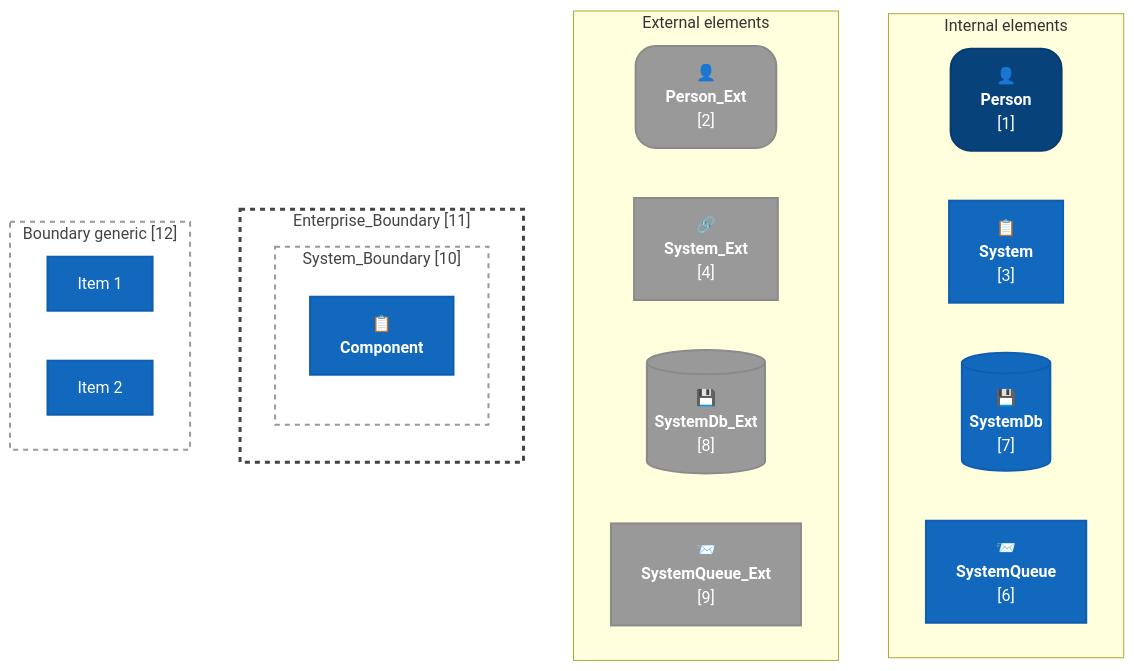
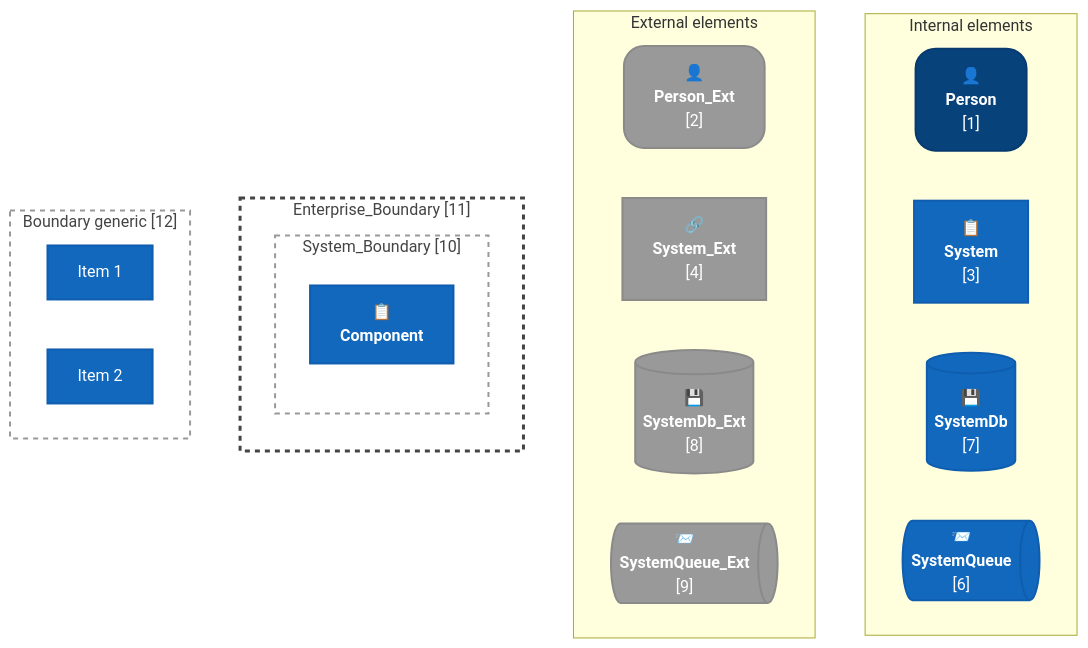
One commit to LockTar/C4-Modeling-in-Mermaid changed the first of 8 diagrams in C4-cheatsheets/C4-Context-Diagram-Mermaid-Flowchart-Cheatsheet.md. Above: the diagram before and after it, drawn with Mermaid. The commit also changed other lines of this file and 2 other files, not shown here.

Commit message:
Update queue shapes and labels in C4 cheatsheets for consistency

````diff
--- a/C4-cheatsheets/C4-Context-Diagram-Mermaid-Flowchart-Cheatsheet.md
+++ b/C4-cheatsheets/C4-Context-Diagram-Mermaid-Flowchart-Cheatsheet.md
@@ -45,57 +45,57 @@
 ```mermaid
 flowchart TB
     classDef Person fill:#08427b,stroke:#073b6f,color:#fff,rx:20px,ry:20px,stroke-width:2px;
     classDef PersonExt fill:#999999,stroke:#8a8a8a,color:#fff,rx:20px,ry:20px,stroke-width:2px;
     classDef System fill:#1168bd,stroke:#0f5daf,color:#fff,stroke-width:2px;
     classDef SystemExt fill:#999999,stroke:#8a8a8a,color:#fff,stroke-width:2px;
     classDef SystemDb fill:#1168bd,stroke:#0f5daf,color:#fff,stroke-width:2px;
     classDef SystemDbExt fill:#999999,stroke:#8a8a8a,color:#fff,stroke-width:2px;
     classDef SystemQueue fill:#1168bd,stroke:#0f5daf,color:#fff,stroke-width:2px;
     classDef SystemQueueExt fill:#999999,stroke:#8a8a8a,color:#fff,stroke-width:2px;
     classDef SystemBoundary fill:none,stroke:#999,stroke-width:2px,stroke-dasharray: 5 5,color:#444;
     classDef EnterpriseBoundary fill:none,stroke:#444,stroke-width:3px,stroke-dasharray: 5 5,color:#444;
     classDef Boundary fill:none,stroke:#999,stroke-width:2px,stroke-dasharray: 5 5,color:#444;
 
     subgraph internal["Internal elements"]
         direction LR
         p1["👤<br/><b>Person</b><br/>[1]"]
         s1["📋<br/><b>System</b><br/>[3]"]
         db1[("💾<br/><b>SystemDb</b><br/>[7]")]
-        q1["📨<br/><b>SystemQueue</b><br/>[6]"]
+        q1@{ shape: das, label: "📨<br/><b>SystemQueue</b><br/>[6]" }
     end
     class p1 Person
     class s1 System
     class db1 SystemDb
     class q1 SystemQueue
 
     subgraph external["External elements"]
         direction LR
         p2["👤<br/><b>Person_Ext</b><br/>[2]"]
         s2["🔗<br/><b>System_Ext</b><br/>[4]"]
         db2[("💾<br/><b>SystemDb_Ext</b><br/>[8]")]
-        q2["📨<br/><b>SystemQueue_Ext</b><br/>[9]"]
+        q2@{ shape: das, label: "📨<br/><b>SystemQueue_Ext</b><br/>[9]" }
     end
     class p2 PersonExt
     class s2 SystemExt
     class db2 SystemDbExt
     class q2 SystemQueueExt
 
     subgraph enterprise["Enterprise_Boundary [11]"]
         direction TB
         subgraph sysb["System_Boundary [10]"]
             direction TB
             comp1["📋<br/><b>Component</b>"]
         end
         class comp1 System
         class sysb SystemBoundary
     end
     class enterprise EnterpriseBoundary
 
     subgraph generic["Boundary generic [12]"]
         direction LR
         item1["Item 1"]
         item2["Item 2"]
     end
     class item1,item2 System
     class generic Boundary
 ```
````
